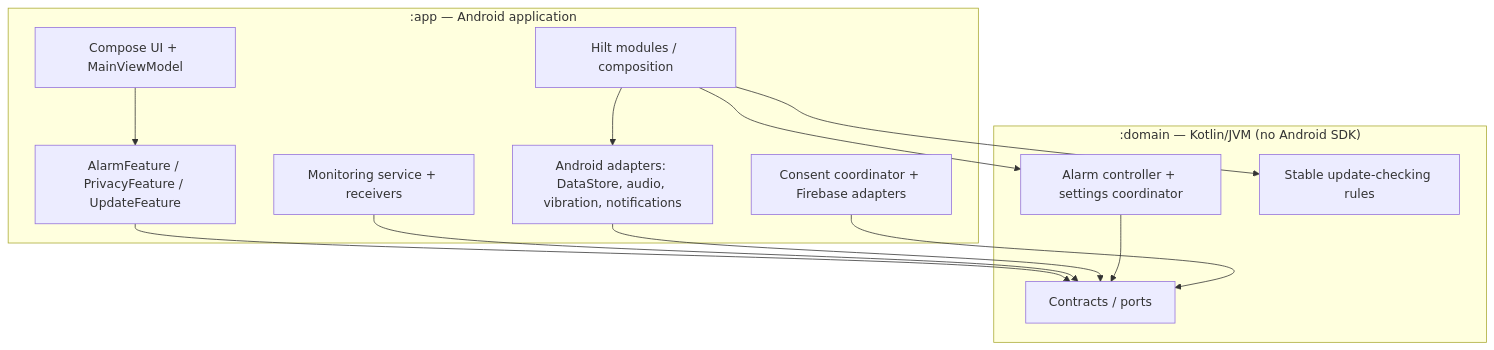
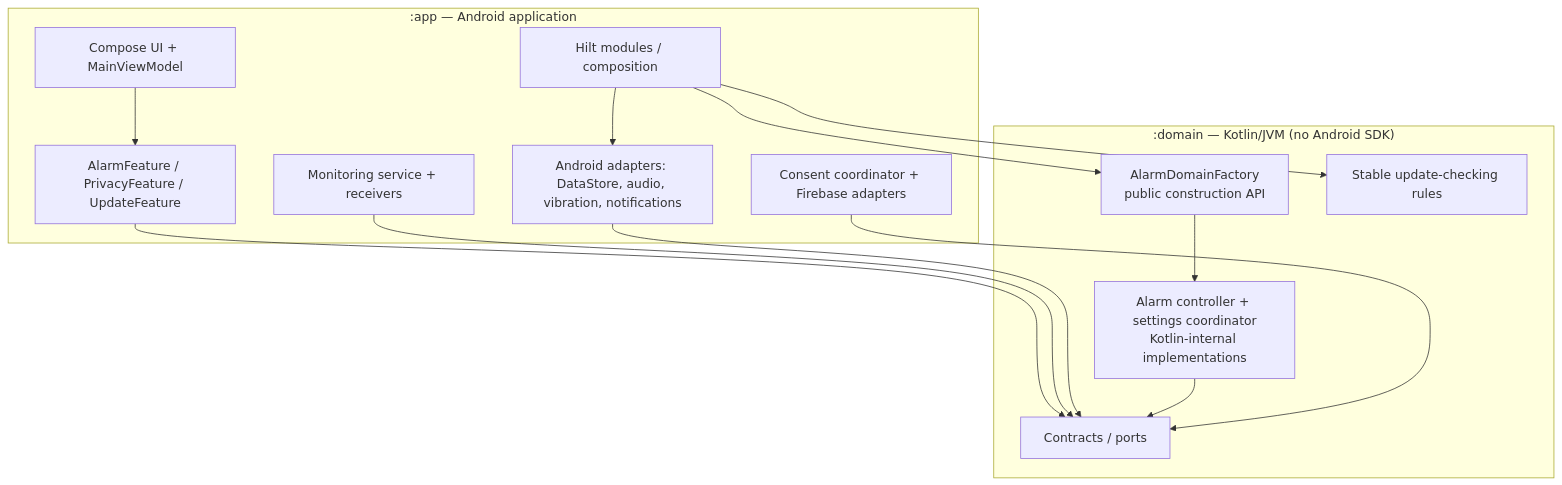
One commit to Kravet/BatteryAlarm changed the diagram in README.md. Above: the diagram before and after it, drawn with Mermaid. The commit also changed other lines of this file and 5 other files, not shown here.

Commit message:
refactor(domain): hide default alarm implementations behind factory

````diff
--- a/README.md
+++ b/README.md
@@ -28,25 +28,27 @@
 ```mermaid
 flowchart TB
     subgraph App[" :app — Android application"]
       UI["Compose UI + MainViewModel"]
       Features["AlarmFeature / PrivacyFeature / UpdateFeature"]
       DI["Hilt modules / composition"]
       Adapters["Android adapters: DataStore, audio, vibration, notifications"]
       Runtime["Monitoring service + receivers"]
       Privacy["Consent coordinator + Firebase adapters"]
     end
     subgraph Domain[" :domain — Kotlin/JVM (no Android SDK)"]
       Contracts["Contracts / ports"]
-      Logic["Alarm controller + settings coordinator"]
+      Factory["AlarmDomainFactory<br/>public construction API"]
+      Logic["Alarm controller + settings coordinator<br/>Kotlin-internal implementations"]
       Update["Stable update-checking rules"]
     end
     UI --> Features
     Features --> Contracts
     Runtime --> Contracts
-    DI --> Logic
+    DI --> Factory
+    Factory --> Logic
     DI --> Adapters
     Adapters --> Contracts
     Logic --> Contracts
     DI --> Update
     Privacy --> Contracts
 ```
````
